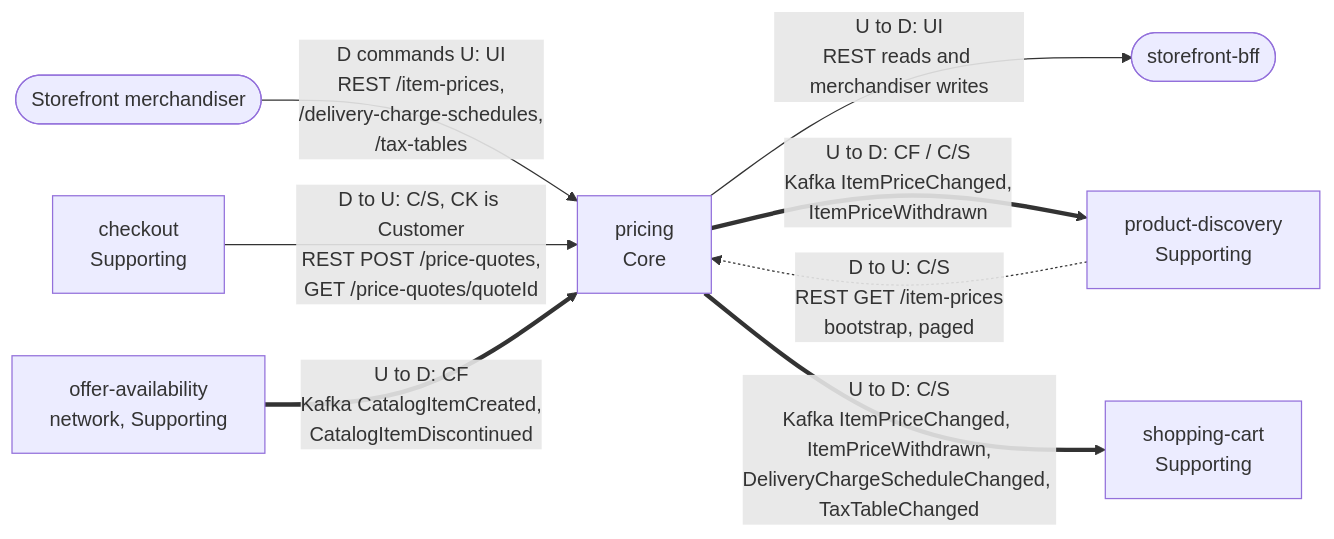
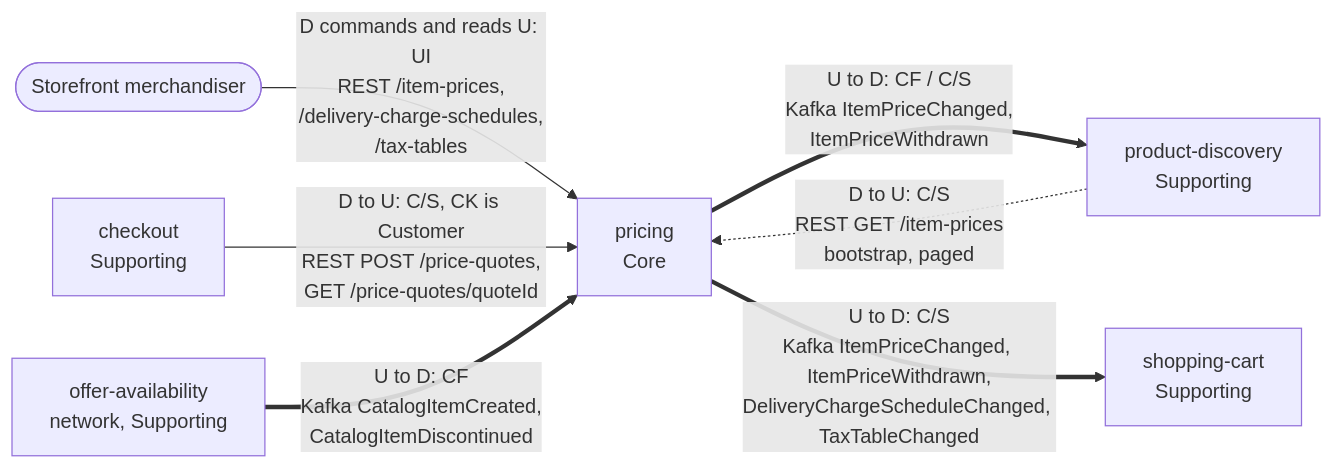
One commit to IQVO/warehouse-docs changed the diagram in storefront/docs/contexts/pricing/context-map.md. Above: the diagram before and after it, drawn with Mermaid. The commit also changed other lines of this file and 5 other files, not shown here.

Commit message:
docs(storefront): model-fix 3/7 - pricing pack fully revised (route, states, request fields, BFF removed from reads)

````diff
--- a/storefront/docs/contexts/pricing/context-map.md
+++ b/storefront/docs/contexts/pricing/context-map.md
@@ -20,18 +20,16 @@
 ```mermaid
 flowchart LR
     MERCH(["Storefront merchandiser"])
-    BFF(["storefront-bff"])
     PR["pricing<br/>Core"]
     CK["checkout<br/>Supporting"]
     PD["product-discovery<br/>Supporting"]
     SC["shopping-cart<br/>Supporting"]
     OA["offer-availability<br/>network, Supporting"]
 
-    PR -->|"U to D: UI<br/>REST reads and merchandiser writes"| BFF
-    MERCH -->|"D commands U: UI<br/>REST /item-prices,<br/>/delivery-charge-schedules,<br/>/tax-tables"| PR
+    MERCH -->|"D commands and reads U: UI<br/>REST /item-prices,<br/>/delivery-charge-schedules,<br/>/tax-tables"| PR
     CK -->|"D to U: C/S, CK is Customer<br/>REST POST /price-quotes,<br/>GET /price-quotes/quoteId"| PR
     PD -.->|"D to U: C/S<br/>REST GET /item-prices<br/>bootstrap, paged"| PR
     PR ==>|"U to D: CF / C/S<br/>Kafka ItemPriceChanged,<br/>ItemPriceWithdrawn"| PD
     PR ==>|"U to D: C/S<br/>Kafka ItemPriceChanged, ItemPriceWithdrawn,<br/>DeliveryChargeScheduleChanged, TaxTableChanged"| SC
     OA ==>|"U to D: CF<br/>Kafka CatalogItemCreated,<br/>CatalogItemDiscontinued"| PR
 ```
````
